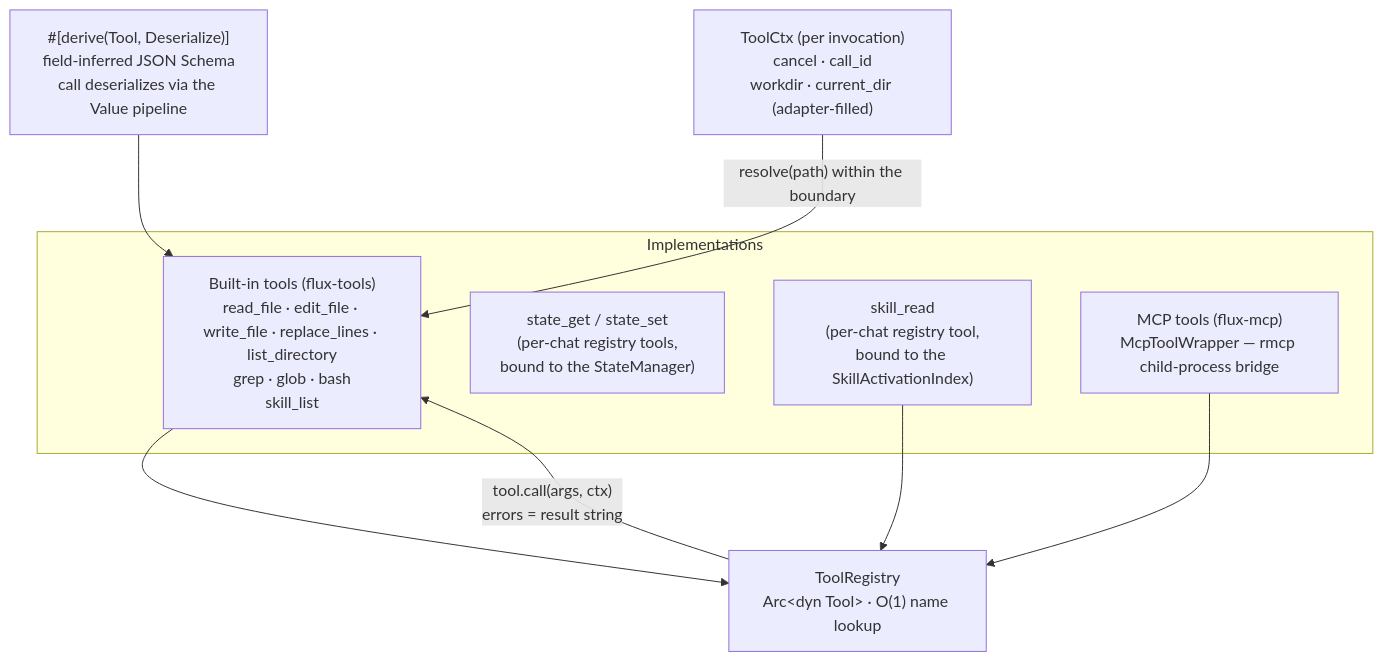
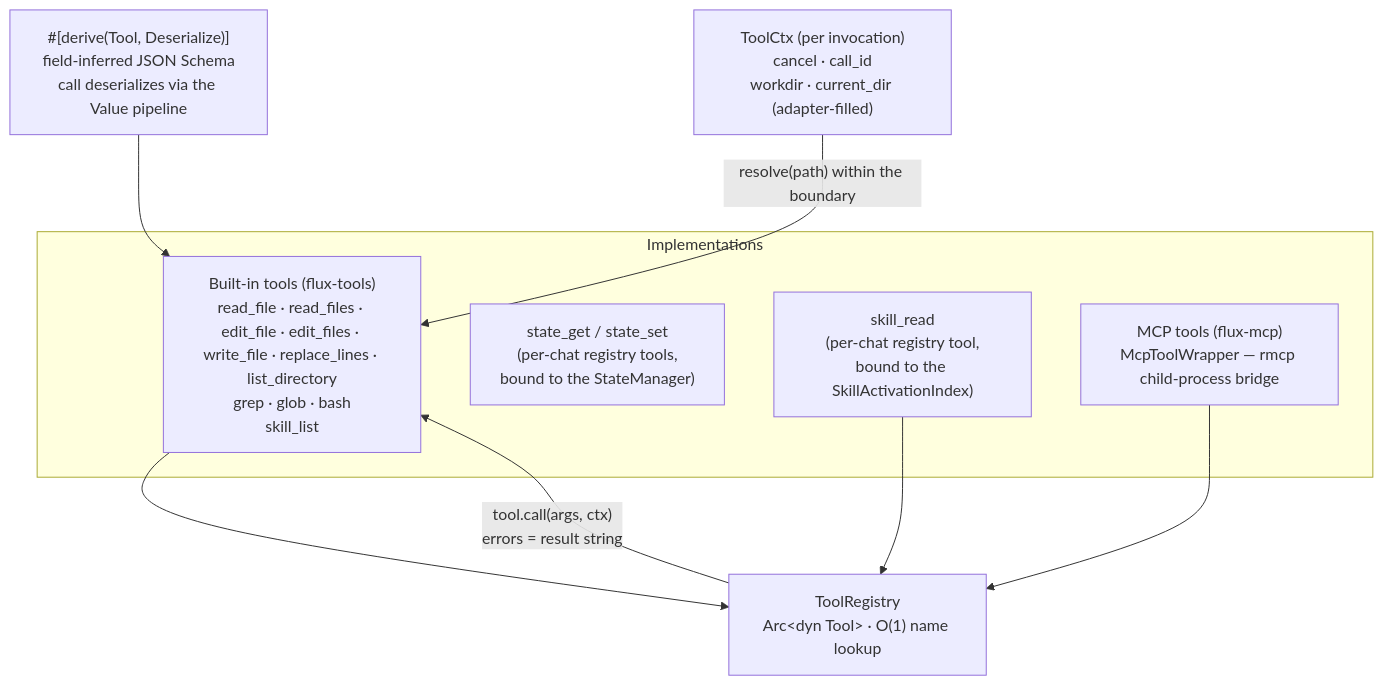
Before and after one commit to km0e/flux: the fifth of 8 diagrams in docs/architecture-en.md, drawn with Mermaid. The commit also changed other lines of this file and 109 other files, not shown here.

````diff
--- a/docs/architecture-en.md
+++ b/docs/architecture-en.md
@@ -236,18 +236,18 @@
 ```mermaid
 graph TB
  MACRO["#[derive(Tool, Deserialize)]<br/>field-inferred JSON Schema<br/>call deserializes via the Value pipeline"]
  subgraph IMPL["Implementations"]
- BUILTIN["Built-in tools (flux-tools)<br/>read_file · edit_file · write_file · replace_lines · list_directory<br/>grep · glob · bash<br/>skill_list"]
+ BUILTIN["Built-in tools (flux-tools)<br/>read_file · read_files · edit_file · edit_files · write_file · replace_lines · list_directory<br/>grep · glob · bash<br/>skill_list"]
  STATE["state_get / state_set<br/>(per-chat registry tools,<br/>bound to the StateManager)"]
  SKILL["skill_read<br/>(per-chat registry tool,<br/>bound to the SkillActivationIndex)"]
  MCPT["MCP tools (flux-mcp)<br/>McpToolWrapper — rmcp child-process bridge"]
  end
  REG["ToolRegistry<br/>Arc&lt;dyn Tool&gt; · O(1) name lookup"]
  CTX["ToolCtx (per invocation)<br/>cancel · call_id<br/>workdir · current_dir (adapter-filled)"]
  MACRO --> BUILTIN
  BUILTIN --> REG
  SKILL --> REG
  MCPT --> REG
  REG -->|"tool.call(args, ctx)<br/>errors = result string"| BUILTIN
  CTX -->|"resolve(path) within the boundary"| BUILTIN
 ```
````
